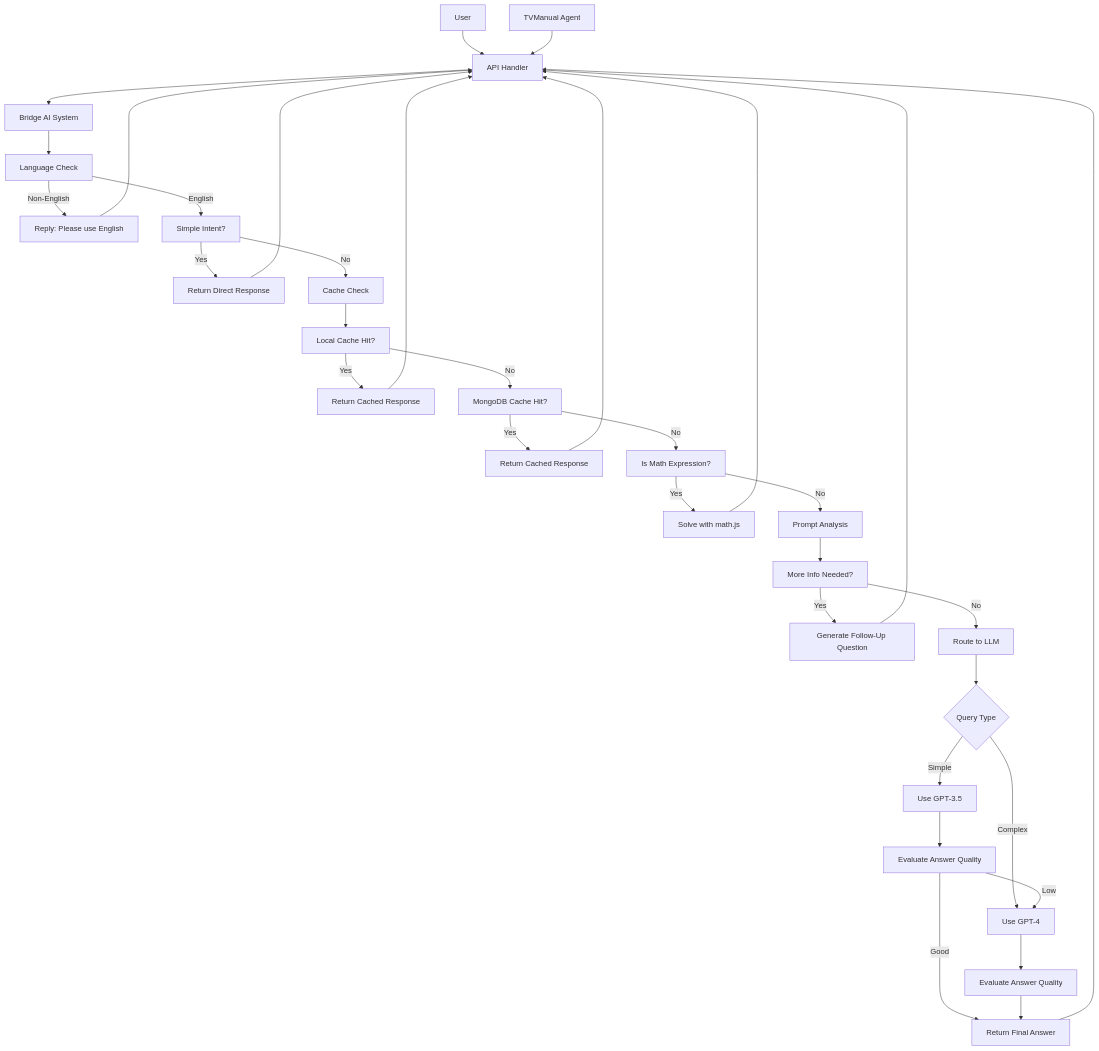
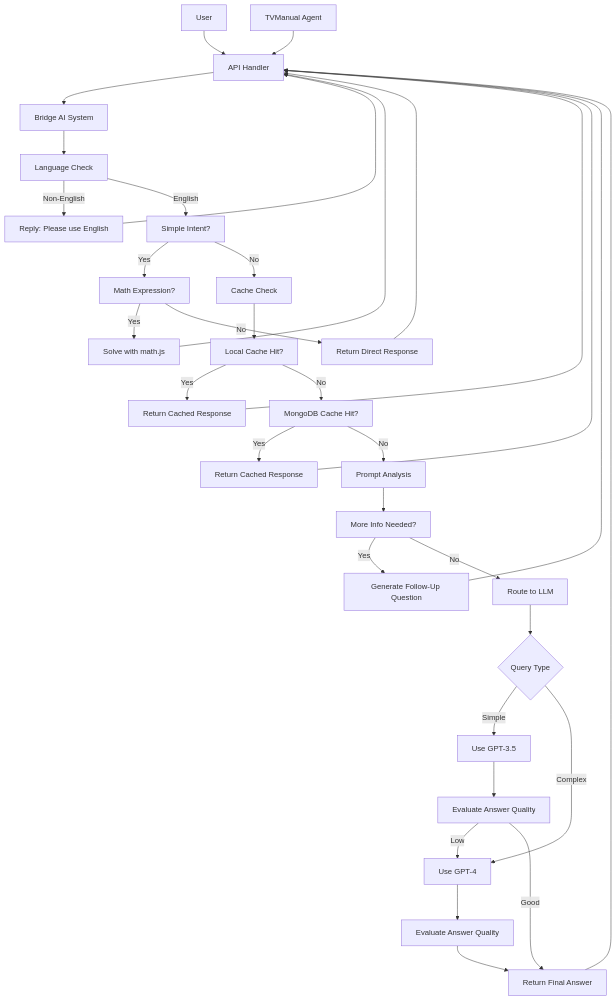
The diagram in llm_bridge/README.md (yana-g/bridge-ai), drawn with Mermaid before and after one commit.

Commit message:
Update llm_bridge README

````diff
--- a/llm_bridge/README.md
+++ b/llm_bridge/README.md
@@ -42,48 +42,50 @@
 ```mermaid
 flowchart TD
     A1[User]
     A2[TVManual Agent]
 
     A1 --> B[API Handler]
     A2 --> B
 
     B --> C[Bridge AI System]
 
     C --> D[Language Check]
     D -->|Non-English| D1[Reply: Please use English]
     D -->|English| E[Simple Intent?]
-    E -->|Yes| E1[Return Direct Response]
+
+    %% Modified block: check math expression before direct answer
+    E -->|Yes| EM[Math Expression?]
+    EM -->|Yes| G1[Solve with math.js]
+    G1 --> B
+    EM -->|No| E1[Return Direct Response]
+    E1 --> B
+
     E -->|No| F[Cache Check]
 
     F --> F1[Local Cache Hit?]
     F1 -->|Yes| F2[Return Cached Response]
+    F2 --> B
     F1 -->|No| F3[MongoDB Cache Hit?]
     F3 -->|Yes| F4[Return Cached Response]
-    F3 -->|No| G[Is Math Expression?]
+    F4 --> B
+    F3 -->|No| H[Prompt Analysis]
 
-    G -->|Yes| G1[Solve with math.js]
-    G1 --> B
-
-    G -->|No| H[Prompt Analysis]
     H --> H1[More Info Needed?]
     H1 -->|Yes| H2[Generate Follow-Up Question]
     H2 --> B
     H1 -->|No| I[Route to LLM]
 
     I --> I1{Query Type}
     I1 -->|Simple| J[Use GPT-3.5]
     I1 -->|Complex| K[Use GPT-4]
 
     J --> J1[Evaluate Answer Quality]
     J1 -->|Low| K
     J1 -->|Good| L[Return Final Answer]
 
     K --> K1[Evaluate Answer Quality]
     K1 --> L
 
+    L --> B
     D1 --> B
-    E1 --> B
-    F2 --> B
-    F4 --> B
-    L --> B
 ```
````
